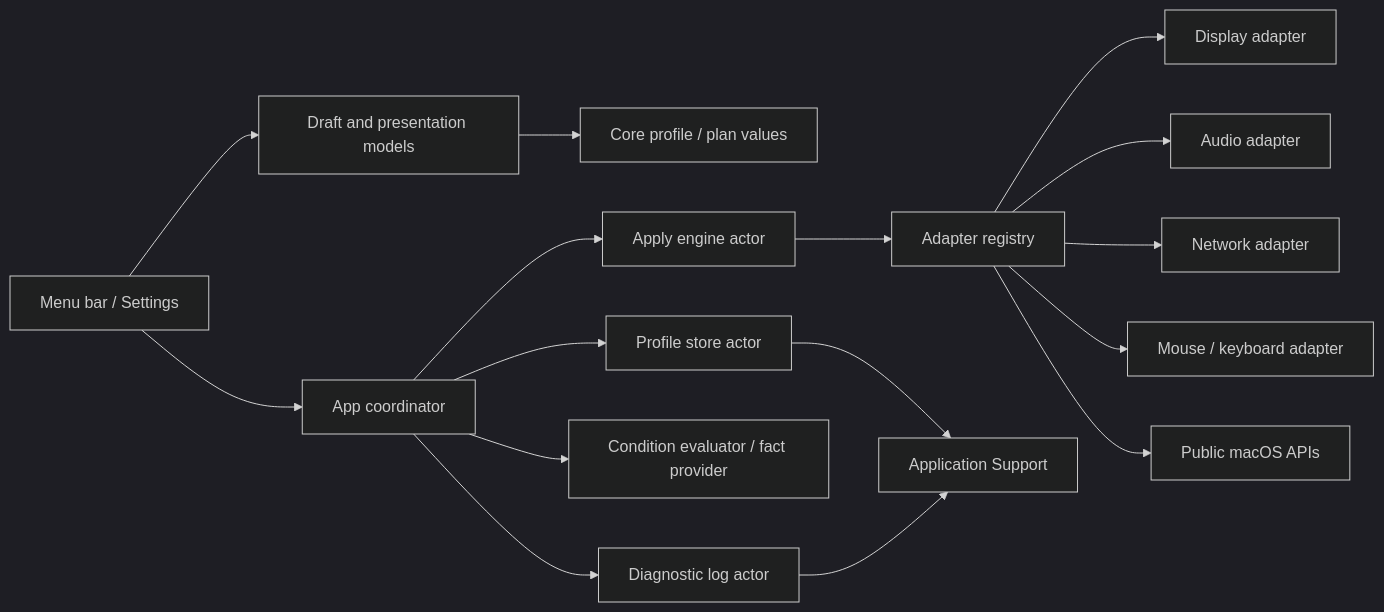
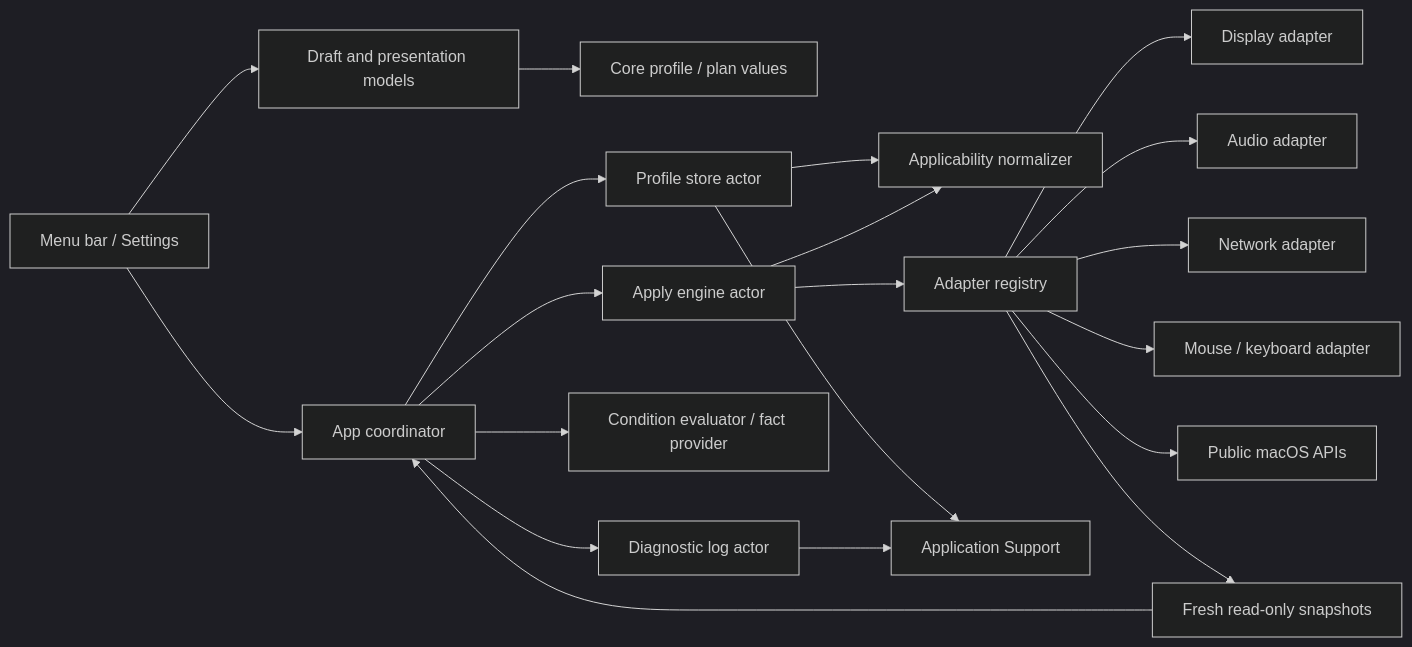
One commit to GGULBAE/desk-setup-switcher changed the first of 2 diagrams in docs/ARCHITECTURE.md. Above: the diagram before and after it, drawn with Mermaid (dark theme). The commit also changed other lines of this file and 50 other files, not shown here.

````diff
--- a/docs/ARCHITECTURE.md
+++ b/docs/ARCHITECTURE.md
@@ -31,18 +31,22 @@
 ```mermaid
 flowchart LR
     UI["Menu bar / Settings"] --> Presentation["Draft and presentation models"]
     Presentation --> CoreValues["Core profile / plan values"]
     UI --> Coordinator["App coordinator"]
     Coordinator --> Store["Profile store actor"]
+    Store --> Normalizer["Applicability normalizer"]
     Coordinator --> Diagnostics["Diagnostic log actor"]
     Coordinator --> Conditions["Condition evaluator / fact provider"]
     Coordinator --> Engine["Apply engine actor"]
     Engine --> Registry["Adapter registry"]
+    Engine --> Normalizer
     Registry --> Display["Display adapter"]
     Registry --> Audio["Audio adapter"]
     Registry --> Network["Network adapter"]
     Registry --> Input["Mouse / keyboard adapter"]
     Store --> AppSupport["Application Support"]
     Diagnostics --> AppSupport
     Registry --> macOS["Public macOS APIs"]
+    Registry --> ReadBack["Fresh read-only snapshots"]
+    ReadBack --> Coordinator
 ```
````
